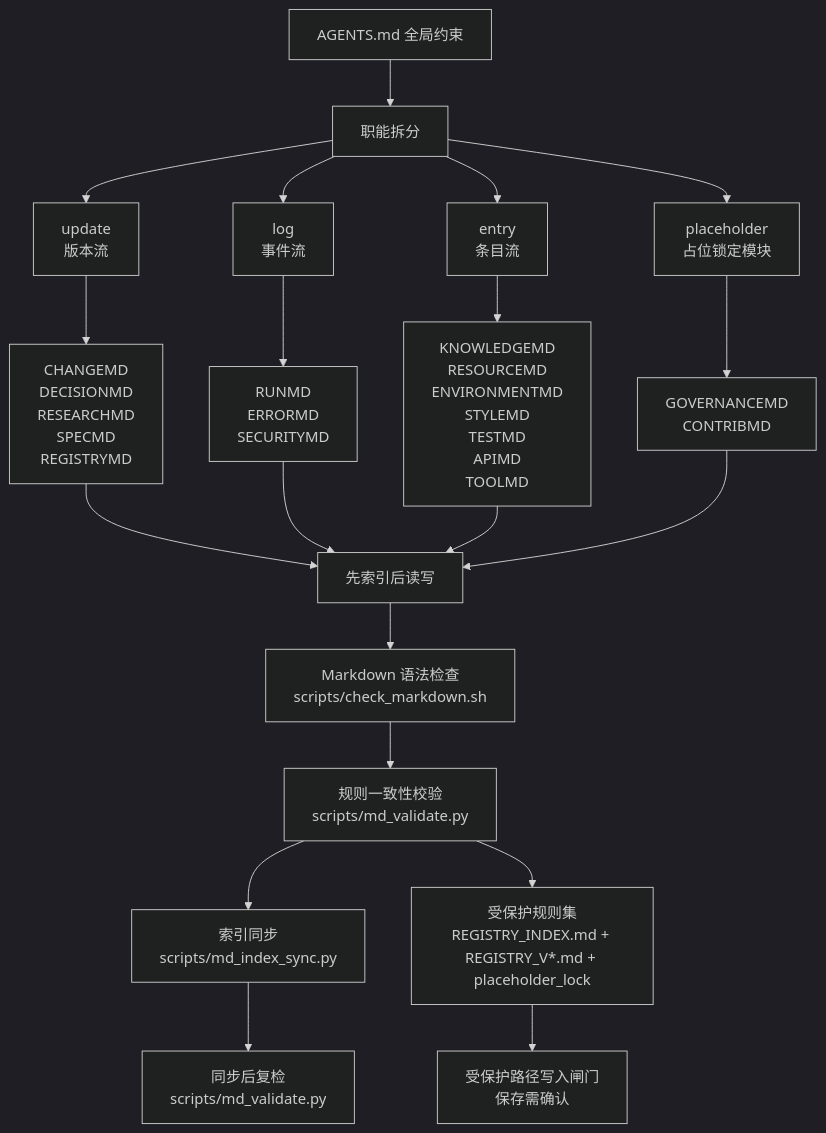
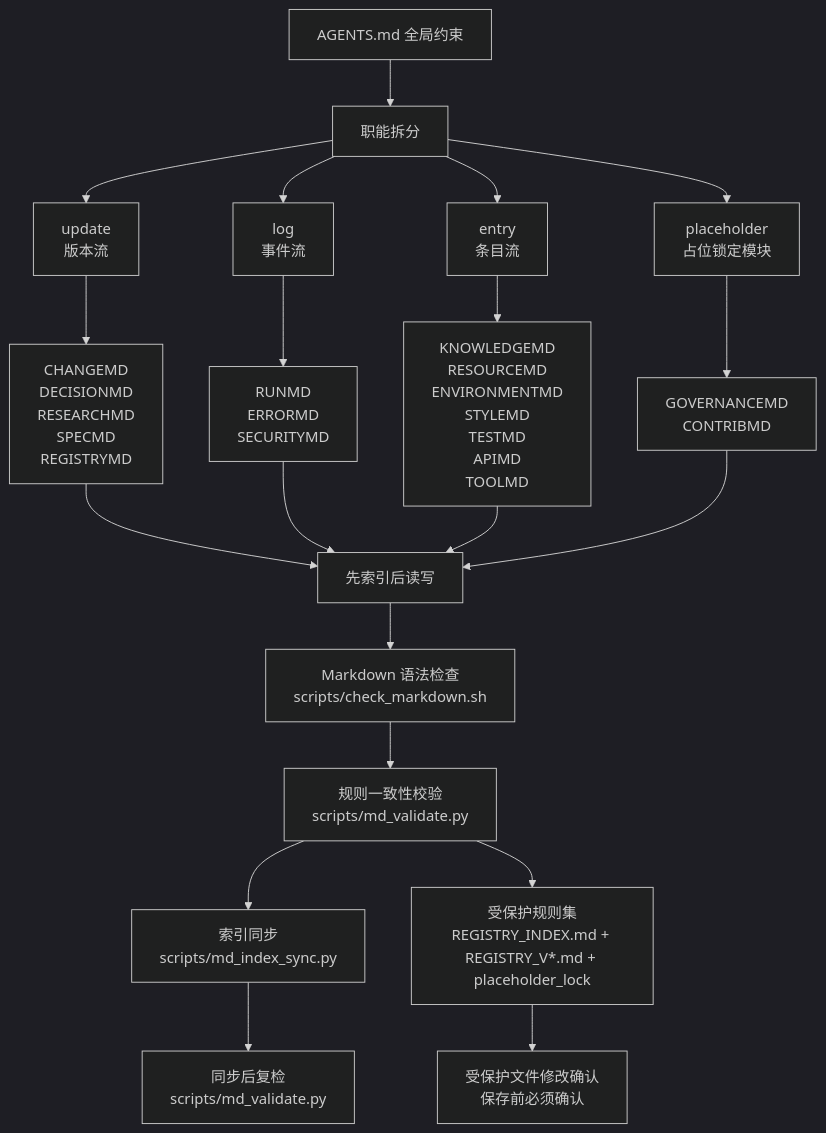
The second of 2 diagrams in README.md (AIALRA-0/AGENTSMD), drawn with Mermaid (dark theme) before and after one commit. The commit also changed other lines of this file, not shown here.

````diff
--- a/README.md
+++ b/README.md
@@ -270,26 +279,26 @@
 ```mermaid
 flowchart TD
   A[AGENTS.md 全局约束] --> B[职能拆分]
   B --> B1[update<br/>版本流]
   B --> B2[log<br/>事件流]
   B --> B3[entry<br/>条目流]
   B --> BP[placeholder<br/>占位锁定模块]
 
   B1 --> U1[CHANGEMD<br/>DECISIONMD<br/>RESEARCHMD<br/>SPECMD<br/>REGISTRYMD]
   B2 --> U2[RUNMD<br/>ERRORMD<br/>SECURITYMD]
   B3 --> U3[KNOWLEDGEMD<br/>RESOURCEMD<br/>ENVIRONMENTMD<br/>STYLEMD<br/>TESTMD<br/>APIMD<br/>TOOLMD]
   BP --> U4[GOVERNANCEMD<br/>CONTRIBMD]
 
   U1 --> C[先索引后读写]
   U2 --> C
   U3 --> C
   U4 --> C
 
   C --> D[Markdown 语法检查<br/>scripts/check_markdown.sh]
   D --> E[规则一致性校验<br/>scripts/md_validate.py]
   E --> F[索引同步<br/>scripts/md_index_sync.py]
   F --> G[同步后复检<br/>scripts/md_validate.py]
 
   E --> H[受保护规则集<br/>REGISTRY_INDEX.md + REGISTRY_V*.md + placeholder_lock]
-  H --> I[受保护路径写入闸门<br/>保存需确认]
+  H --> I[受保护文件修改确认<br/>保存前必须确认]
 ```
````
